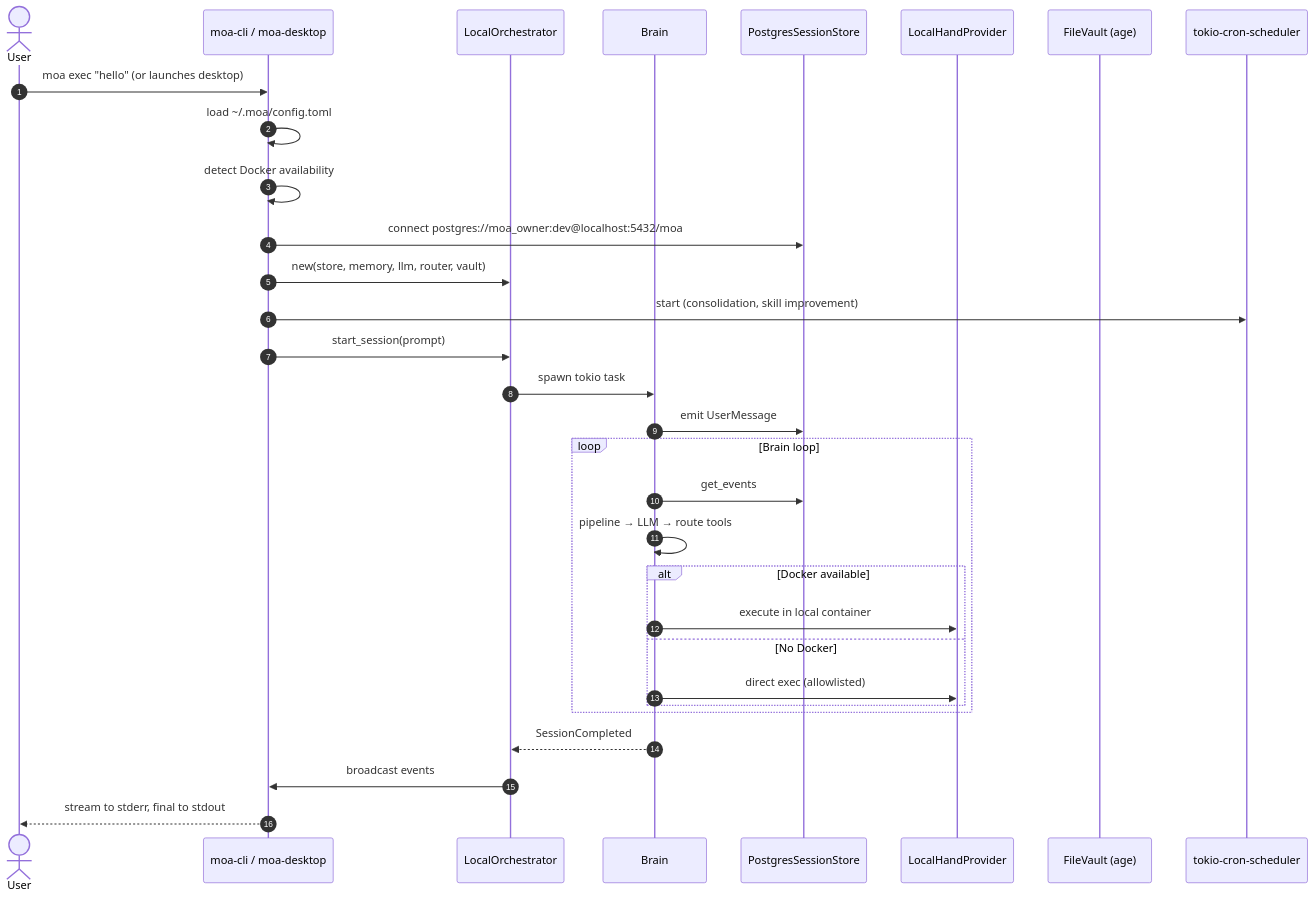
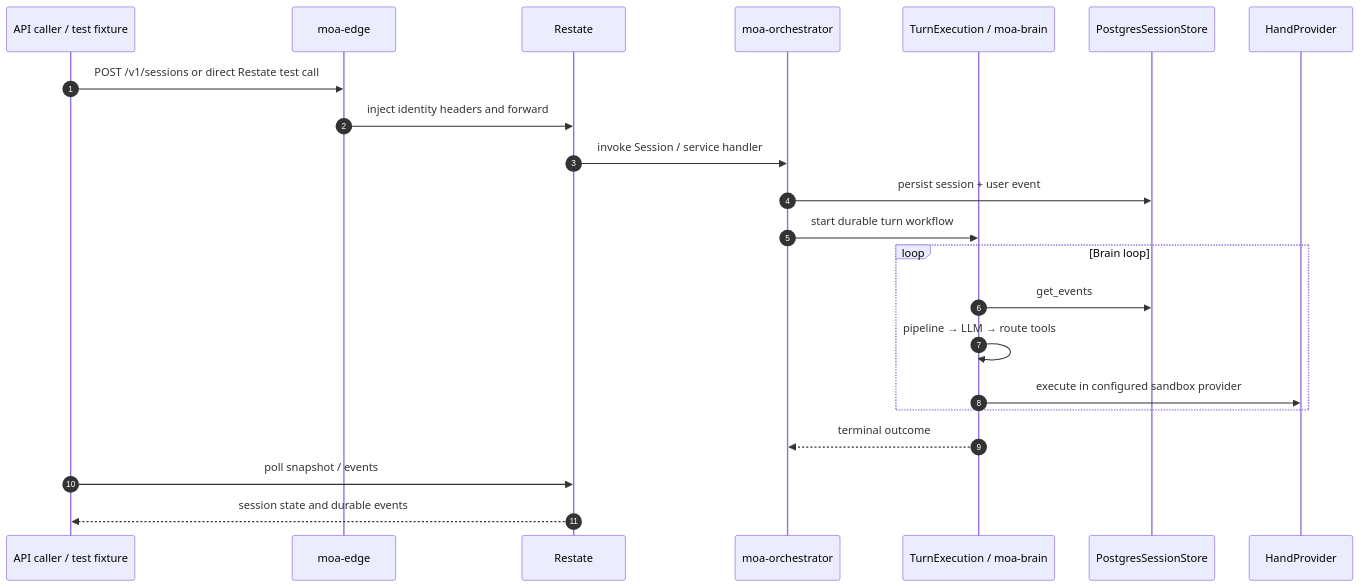
One commit to hwuiwon/moa changed the ninth of 14 diagrams in sequence-diagrams.md. Above: the diagram before and after it, drawn with Mermaid. The commit also changed other lines of this file and 489 other files, not shown here.

First line of the commit message:
remove local runtime & cli (#196)

````diff
--- a/sequence-diagrams.md
+++ b/sequence-diagrams.md
@@ -406,37 +406,27 @@
 ```mermaid
 sequenceDiagram
     autonumber
-    actor User
-    participant CLI as moa-cli / moa-desktop
-    participant Orch as LocalOrchestrator
-    participant Brain
+    participant Caller as API caller / test fixture
+    participant Edge as moa-edge
+    participant Restate
+    participant Orch as moa-orchestrator
+    participant Brain as TurnExecution / moa-brain
     participant Log as PostgresSessionStore
-    participant Hand as LocalHandProvider
-    participant Vault as FileVault (age)
-    participant Cron as tokio-cron-scheduler
+    participant Hand as HandProvider
 
-    User->>CLI: moa exec "hello" (or launches desktop)
-    CLI->>CLI: load ~/.moa/config.toml
-    CLI->>CLI: detect Docker availability
-    CLI->>Log: connect postgres://moa_owner:dev@localhost:5432/moa
-    CLI->>Orch: new(store, memory, llm, router, vault)
-    CLI->>Cron: start (consolidation, skill improvement)
-
-    CLI->>Orch: start_session(prompt)
-    Orch->>Brain: spawn tokio task
-    Brain->>Log: emit UserMessage
+    Caller->>Edge: POST /v1/sessions or direct Restate test call
+    Edge->>Restate: inject identity headers and forward
+    Restate->>Orch: invoke Session / service handler
+    Orch->>Log: persist session + user event
+    Orch->>Brain: start durable turn workflow
 
     loop Brain loop
         Brain->>Log: get_events
         Brain->>Brain: pipeline → LLM → route tools
-        alt Docker available
-            Brain->>Hand: execute in local container
-        else No Docker
-            Brain->>Hand: direct exec (allowlisted)
-        end
+        Brain->>Hand: execute in configured sandbox provider
     end
 
-    Brain-->>Orch: SessionCompleted
-    Orch->>CLI: broadcast events
-    CLI-->>User: stream to stderr, final to stdout
+    Brain-->>Orch: terminal outcome
+    Caller->>Restate: poll snapshot / events
+    Restate-->>Caller: session state and durable events
 ```
````
